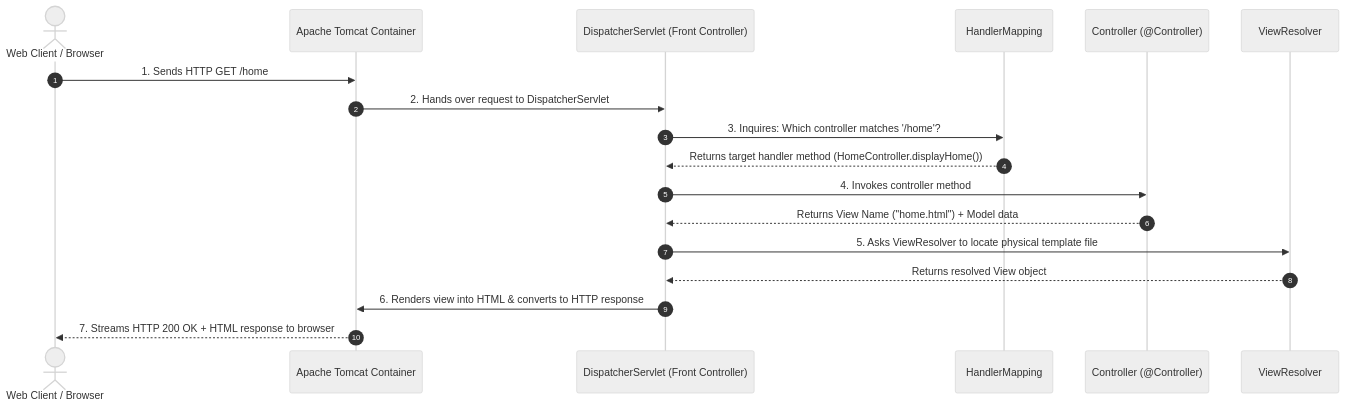
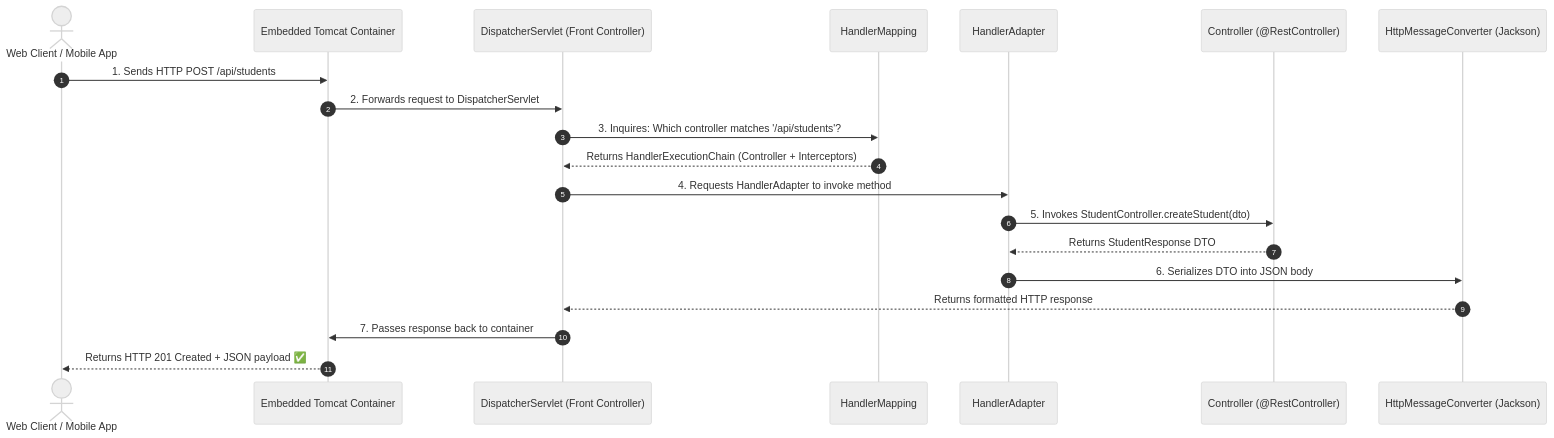
The fifth of 9 diagrams in 06-Java-and-Spring-Boot/02-Spring-Boot-and-Web-MVC.md (rohithgowda18/Notes), drawn with Mermaid (neutral theme) before and after one commit. The commit also changed other lines of this file and 13 other files, not shown here.

Commit message:
docs: upgrade Spring Boot study guides to Spring Boot 3+, Spring 6, Security 6, Jakarta, and add architecture diagrams

````diff
--- a/06-Java-and-Spring-Boot/02-Spring-Boot-and-Web-MVC.md
+++ b/06-Java-and-Spring-Boot/02-Spring-Boot-and-Web-MVC.md
@@ -168,21 +228,23 @@
 ```mermaid
 sequenceDiagram
     autonumber
-    actor Client as Web Client / Browser
-    participant Tomcat as Apache Tomcat Container
+    actor Client as Web Client / Mobile App
+    participant Tomcat as Embedded Tomcat Container
     participant DS as DispatcherServlet (Front Controller)
     participant HM as HandlerMapping
-    participant C as Controller (@Controller)
-    participant VR as ViewResolver
+    participant HA as HandlerAdapter
+    participant C as Controller (@RestController)
+    participant HMC as HttpMessageConverter (Jackson)
     
-    Client->>Tomcat: 1. Sends HTTP GET /home
-    Tomcat->>DS: 2. Hands over request to DispatcherServlet
-    DS->>HM: 3. Inquires: Which controller matches '/home'?
-    HM-->>DS: Returns target handler method (HomeController.displayHome())
-    DS->>C: 4. Invokes controller method
-    C-->>DS: Returns View Name ("home.html") + Model data
-    DS->>VR: 5. Asks ViewResolver to locate physical template file
-    VR-->>DS: Returns resolved View object
-    DS->>Tomcat: 6. Renders view into HTML & converts to HTTP response
-    Tomcat-->>Client: 7. Streams HTTP 200 OK + HTML response to browser
+    Client->>Tomcat: 1. Sends HTTP POST /api/students
+    Tomcat->>DS: 2. Forwards request to DispatcherServlet
+    DS->>HM: 3. Inquires: Which controller matches '/api/students'?
+    HM-->>DS: Returns HandlerExecutionChain (Controller + Interceptors)
+    DS->>HA: 4. Requests HandlerAdapter to invoke method
+    HA->>C: 5. Invokes StudentController.createStudent(dto)
+    C-->>HA: Returns StudentResponse DTO
+    HA->>HMC: 6. Serializes DTO into JSON body
+    HMC-->>DS: Returns formatted HTTP response
+    DS->>Tomcat: 7. Passes response back to container
+    Tomcat-->>Client: Returns HTTP 201 Created + JSON payload ✅
 ```
````
